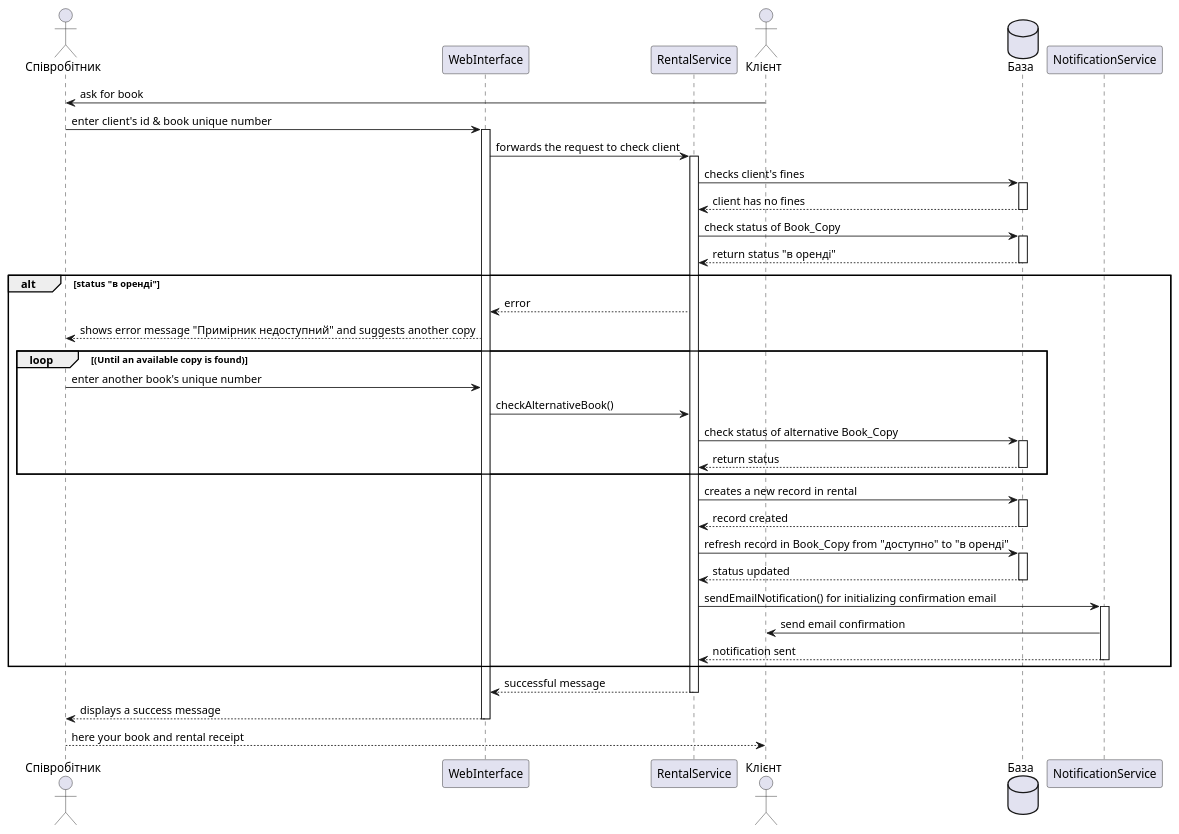
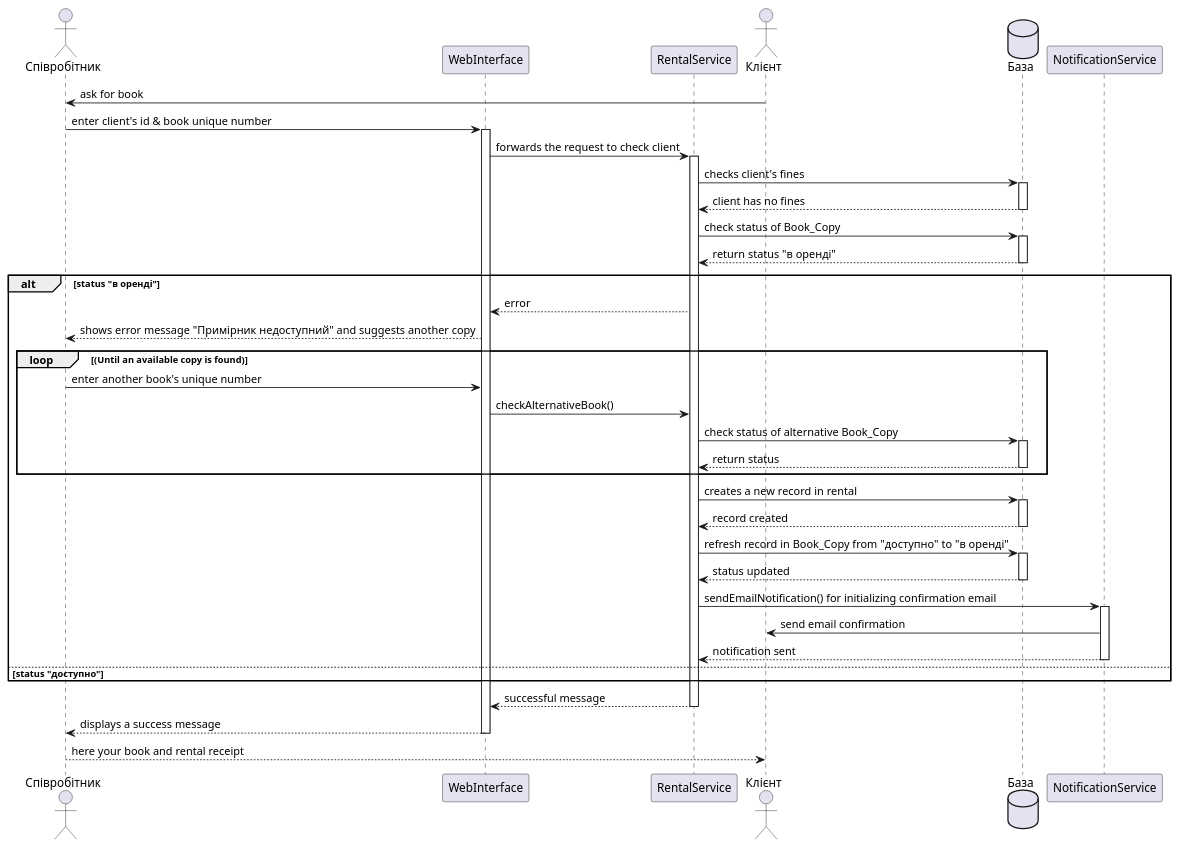
Before and after one commit to sofiakiosova37-boop/bookshop_kpi2: the second of 6 diagrams in task3/sequence.puml, drawn with PlantUML. The commit also changed other lines of this file, not shown here.

```diff
--- a/task3/sequence.puml
+++ b/task3/sequence.puml
@@ -45,40 +45,41 @@
 @startuml
 actor Співробітник as staff
 participant WebInterface as ui
 participant RentalService as service
 actor Клієнт as cus
 database База as DB
 participant NotificationService as notify
 
 cus -> staff: ask for book
 staff -> ui ++: enter client's id & book unique number
 ui -> service ++: forwards the request to check client
 service -> DB ++: checks client's fines
 service <-- DB --: client has no fines
 service -> DB ++: check status of Book_Copy
 service <-- DB --: return status "в оренді"
 
 alt status "в оренді"
     ui <-- service: error
     staff <-- ui: shows error message "Примірник недоступний" and suggests another copy
 
     loop (Until an available copy is found)
         staff -> ui: enter another book's unique number
         ui -> service: checkAlternativeBook()
         service -> DB ++: check status of alternative Book_Copy
         service <-- DB --: return status
     end loop
 
     service -> DB ++: creates a new record in rental
     service <-- DB --: record created
     service -> DB ++: refresh record in Book_Copy from "доступно" to "в оренді"
     service <-- DB --: status updated
     service -> notify ++: sendEmailNotification() for initializing confirmation email
     notify -> cus: send email confirmation
     service <-- notify --: notification sent
+else status "доступно"
 end alt
 
 ui <-- service --: successful message
 staff <-- ui --: displays a success message
 cus <-- staff: here your book and rental receipt
 @enduml
```
